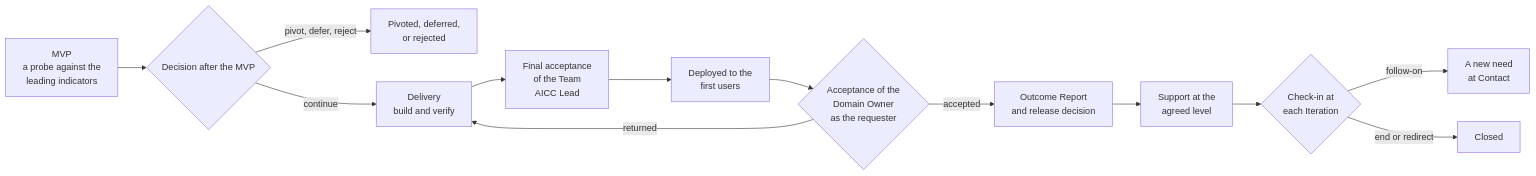
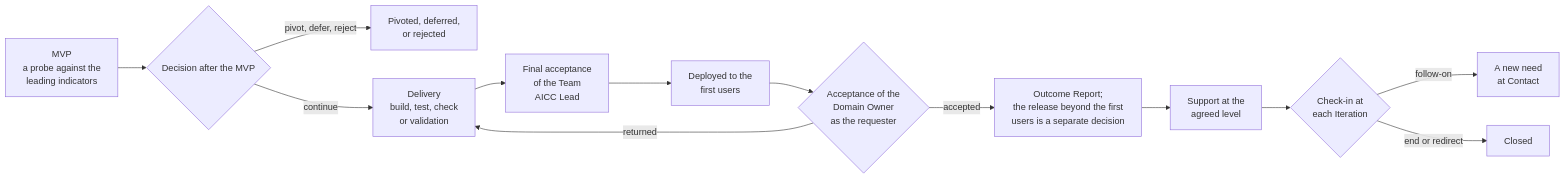
Before and after one commit to devhogu/ob-aicc: the second of 4 diagrams in charter/guides/engagement-guide.md, drawn with Mermaid. The commit also changed other lines of this file and 200 other files, not shown here.

````diff
--- a/charter/guides/engagement-guide.md
+++ b/charter/guides/engagement-guide.md
@@ -45,15 +45,15 @@
 ```mermaid
 flowchart LR
   MV["MVP<br/>a probe against the<br/>leading indicators"] --> DM{"Decision after the MVP"}
   DM -->|"pivot, defer, reject"| DR["Pivoted, deferred,<br/>or rejected"]
-  DM -->|"continue"| DL["Delivery<br/>build and verify"]
+  DM -->|"continue"| DL["Delivery<br/>build, test, check<br/>or validation"]
   DL --> TF["Final acceptance<br/>of the Team<br/>AICC Lead"]
   TF --> FU["Deployed to the<br/>first users"]
   FU --> BA{"Acceptance of the<br/>Domain Owner<br/>as the requester"}
   BA -->|"returned"| DL
-  BA -->|"accepted"| OR["Outcome Report<br/>and release decision"]
+  BA -->|"accepted"| OR["Outcome Report;<br/>the release beyond the first<br/>users is a separate decision"]
   OR --> SP["Support at the<br/>agreed level"]
   SP --> CK{"Check-in at<br/>each Iteration"}
   CK -->|"follow-on"| NX["A new need<br/>at Contact"]
   CK -->|"end or redirect"| CLS["Closed"]
 ```
````
